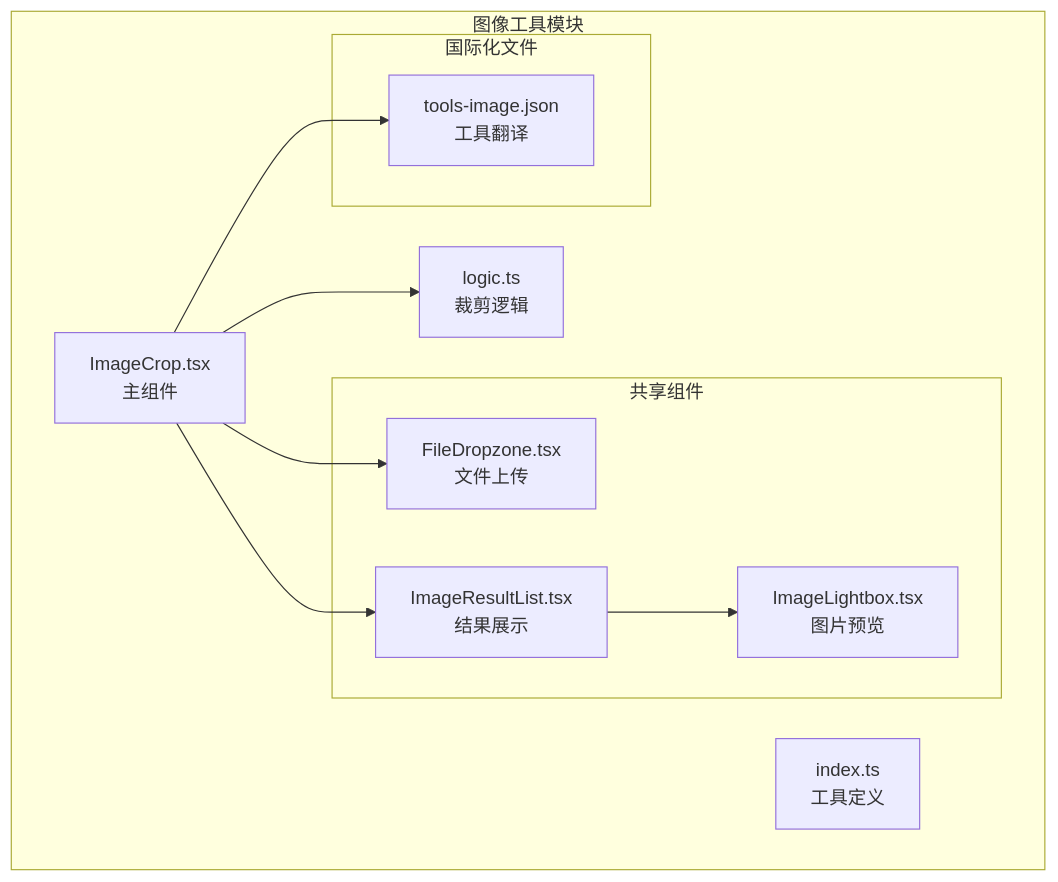
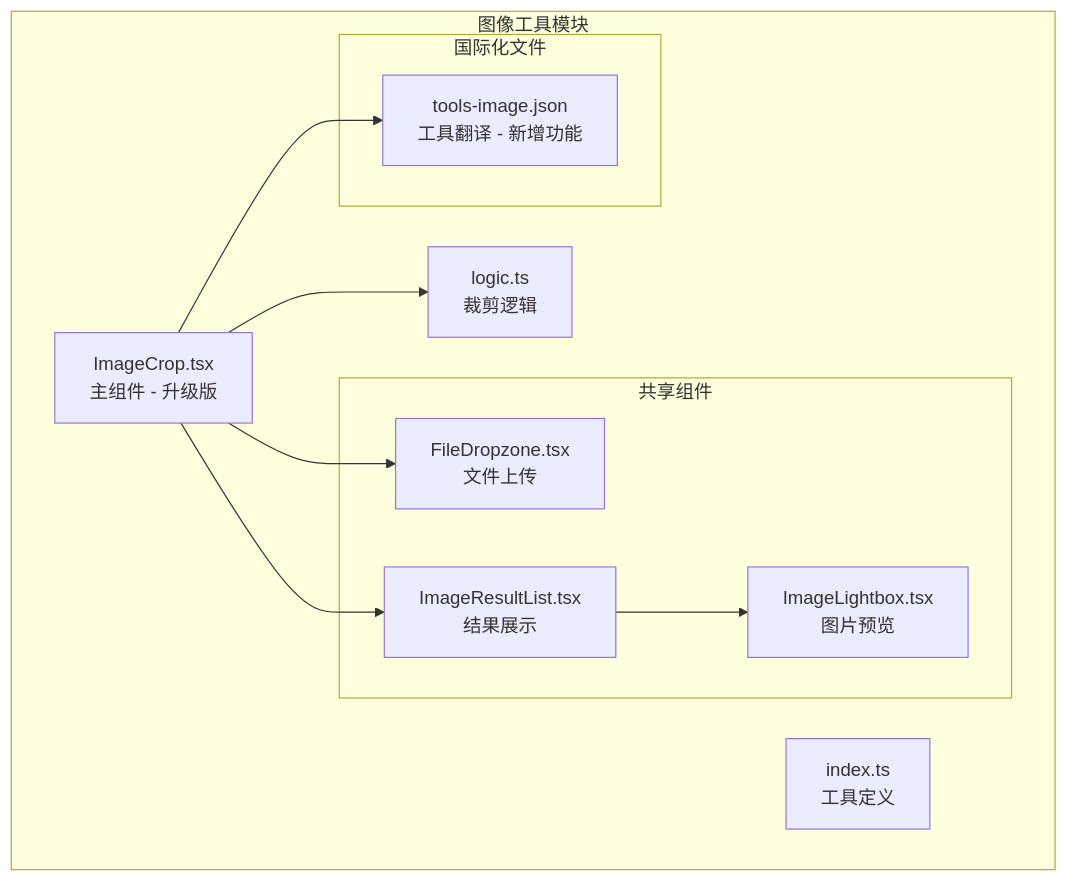
The first of 12 diagrams in .qoder/repowiki/zh/content/图像工具/图像裁剪.md (sgyy/privadeck), drawn with Mermaid before and after one commit. The commit also changed other lines of this file and 3 other files, not shown here.

First line of the commit message:
feat(image-crop): 升级图像裁剪工具集成 react-advanced-cropper

````diff
--- a/.qoder/repowiki/zh/content/图像工具/图像裁剪.md
+++ b/.qoder/repowiki/zh/content/图像工具/图像裁剪.md
@@ -42,21 +52,21 @@
 ```mermaid
 graph TB
 subgraph "图像工具模块"
-IC[ImageCrop.tsx<br/>主组件]
+IC[ImageCrop.tsx<br/>主组件 - 升级版]
 LOGIC[logic.ts<br/>裁剪逻辑]
 INDEX[index.ts<br/>工具定义]
 subgraph "共享组件"
 FDZ[FileDropzone.tsx<br/>文件上传]
 IRL[ImageResultList.tsx<br/>结果展示]
 ILB[ImageLightbox.tsx<br/>图片预览]
 end
 subgraph "国际化文件"
-TI[tools-image.json<br/>工具翻译]
+TI[tools-image.json<br/>工具翻译 - 新增功能]
 end
 end
 IC --> LOGIC
 IC --> FDZ
 IC --> IRL
 IRL --> ILB
 IC --> TI
 ```
````
